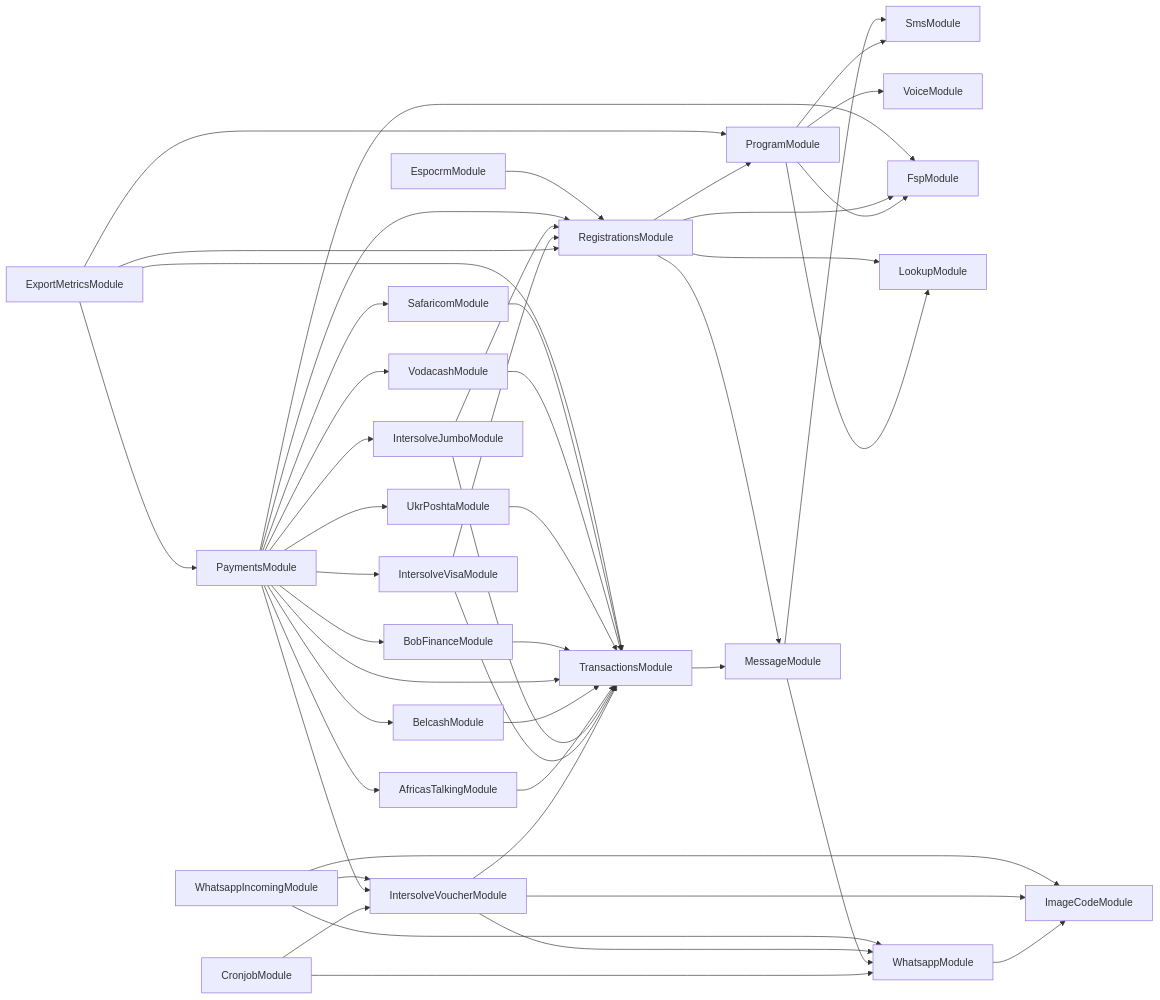
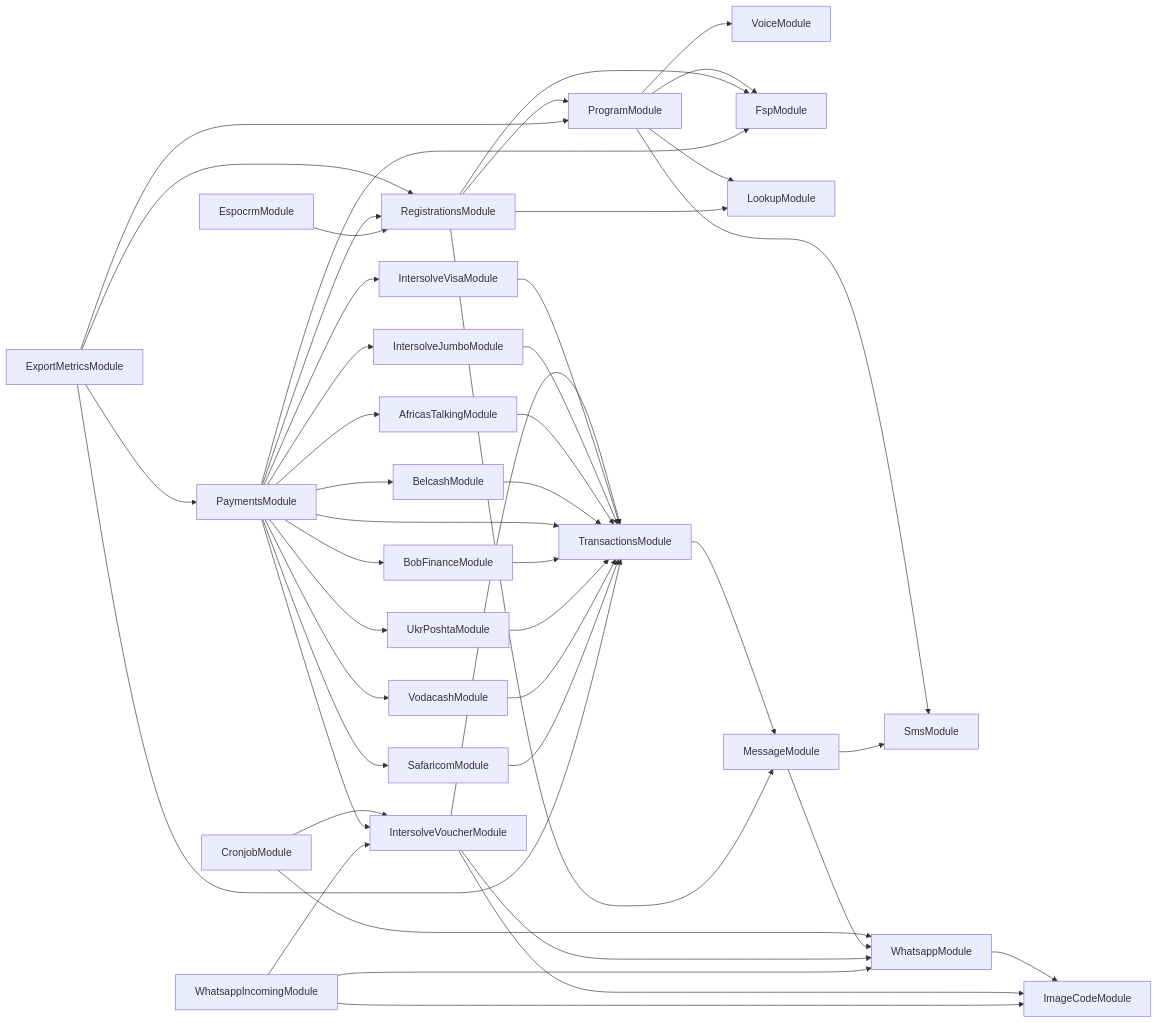
The diagram in services/121-service/module-dependencies.md (global-121/121-platform), drawn with Mermaid before and after one commit. The commit also changed 8 other files, not shown here.

````diff
--- a/services/121-service/module-dependencies.md
+++ b/services/121-service/module-dependencies.md
@@ -3,50 +3,48 @@
 ```mermaid
 graph LR
   ProgramModule-->SmsModule
   ProgramModule-->VoiceModule
   ProgramModule-->FspModule
   ProgramModule-->LookupModule
   CronjobModule-->WhatsappModule
   WhatsappModule-->ImageCodeModule
   CronjobModule-->IntersolveVoucherModule
   IntersolveVoucherModule-->ImageCodeModule
   IntersolveVoucherModule-->TransactionsModule
   TransactionsModule-->MessageModule
   MessageModule-->WhatsappModule
   MessageModule-->SmsModule
   IntersolveVoucherModule-->WhatsappModule
   RegistrationsModule-->LookupModule
   RegistrationsModule-->ProgramModule
   RegistrationsModule-->FspModule
   RegistrationsModule-->MessageModule
   ExportMetricsModule-->ProgramModule
   ExportMetricsModule-->RegistrationsModule
   ExportMetricsModule-->PaymentsModule
   PaymentsModule-->FspModule
   PaymentsModule-->IntersolveVoucherModule
   PaymentsModule-->IntersolveVisaModule
   IntersolveVisaModule-->TransactionsModule
-  IntersolveVisaModule-->RegistrationsModule
   PaymentsModule-->IntersolveJumboModule
   IntersolveJumboModule-->TransactionsModule
-  IntersolveJumboModule-->RegistrationsModule
   PaymentsModule-->AfricasTalkingModule
   AfricasTalkingModule-->TransactionsModule
   PaymentsModule-->BelcashModule
   BelcashModule-->TransactionsModule
   PaymentsModule-->TransactionsModule
   PaymentsModule-->BobFinanceModule
   BobFinanceModule-->TransactionsModule
   PaymentsModule-->UkrPoshtaModule
   UkrPoshtaModule-->TransactionsModule
   PaymentsModule-->VodacashModule
   VodacashModule-->TransactionsModule
   PaymentsModule-->SafaricomModule
   SafaricomModule-->TransactionsModule
   PaymentsModule-->RegistrationsModule
   ExportMetricsModule-->TransactionsModule
   WhatsappIncomingModule-->ImageCodeModule
   WhatsappIncomingModule-->IntersolveVoucherModule
   WhatsappIncomingModule-->WhatsappModule
   EspocrmModule-->RegistrationsModule
 ```
````
